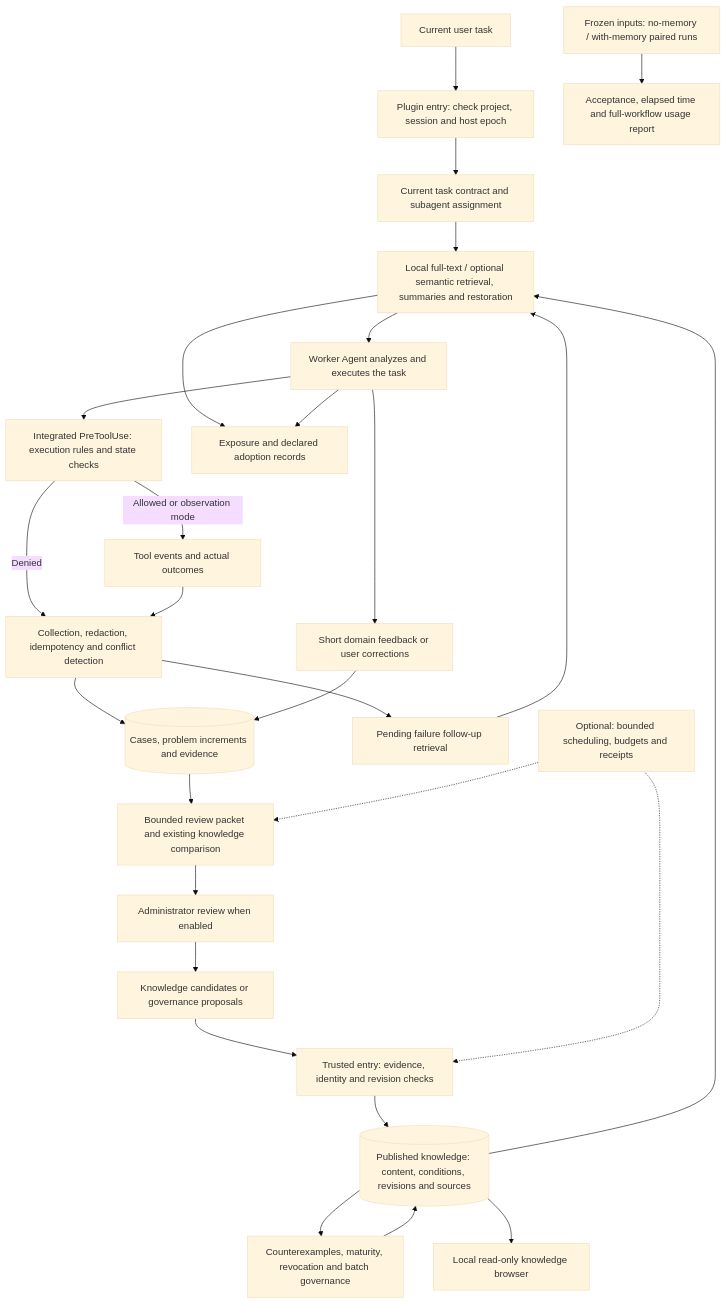
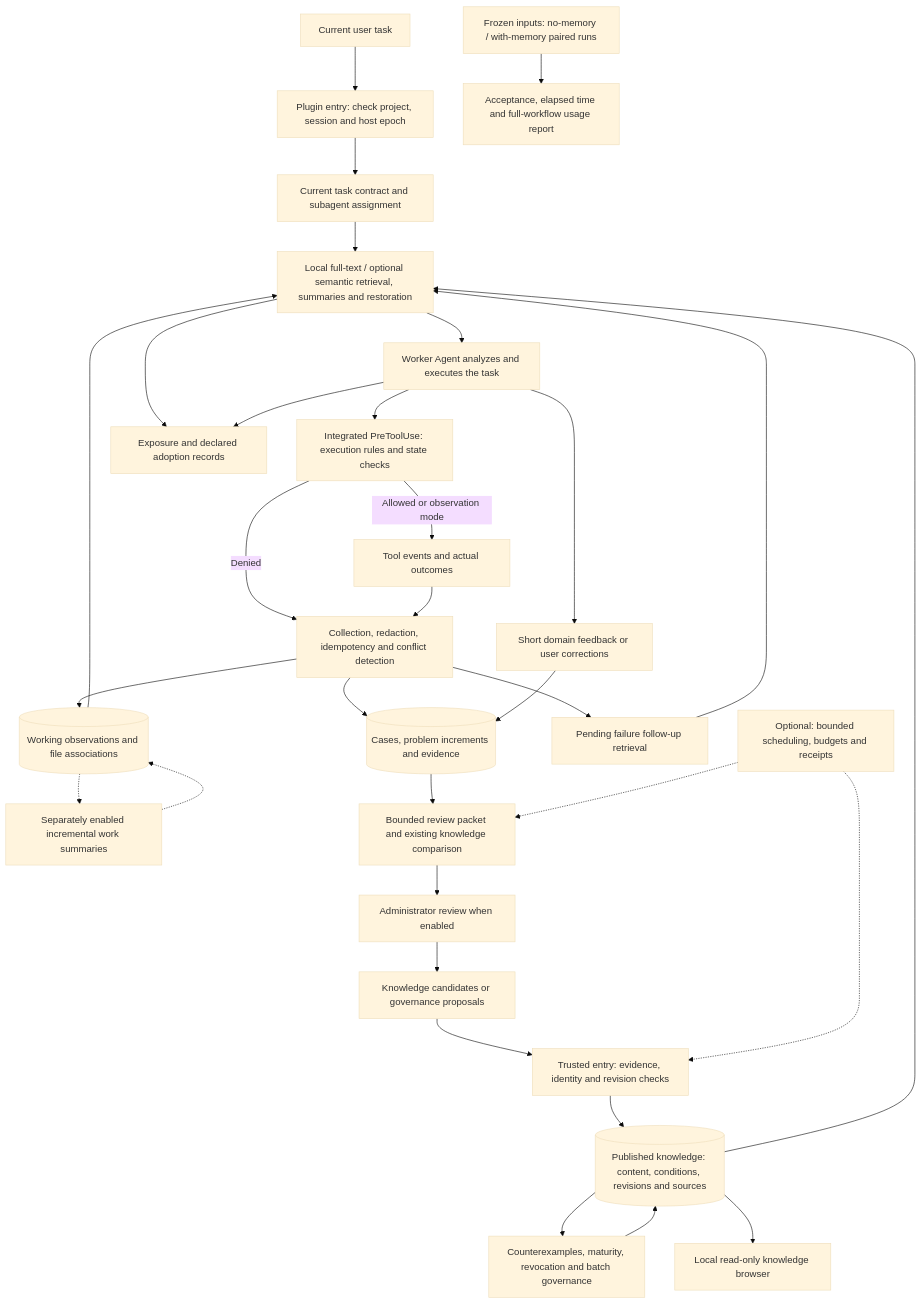
One commit to swenbo1-web/agents-learning changed the first of 2 diagrams in README.en.md. Above: the diagram before and after it, drawn with Mermaid (base theme). The commit also changed other lines of this file and 41 other files, not shown here.

````diff
--- a/README.en.md
+++ b/README.en.md
@@ -198,30 +201,34 @@
 ```mermaid
 flowchart TD
     User["Current user task"] --> Entry["Plugin entry: check project, session and host epoch"]
     Entry --> Task["Current task contract and subagent assignment"]
     Task --> Retrieve["Local full-text / optional semantic retrieval, summaries and restoration"]
     Knowledge[("Published knowledge: content, conditions, revisions and sources")] --> Retrieve
     Retrieve --> Worker["Worker Agent analyzes and executes the task"]
     Worker --> Guard["Integrated PreToolUse: execution rules and state checks"]
     Guard -->|"Allowed or observation mode"| Result["Tool events and actual outcomes"]
     Guard -->|"Denied"| Capture
     Result --> Capture["Collection, redaction, idempotency and conflict detection"]
     Capture --> Cases[("Cases, problem increments and evidence")]
+    Capture --> Work[("Working observations and file associations")]
+    Work --> Retrieve
+    Work -.-> Summary["Separately enabled incremental work summaries"]
+    Summary -.-> Work
     Worker --> Feedback["Short domain feedback or user corrections"]
     Feedback --> Cases
     Capture --> Fault["Pending failure follow-up retrieval"]
     Fault --> Retrieve
     Cases --> Packet["Bounded review packet and existing knowledge comparison"]
     Packet --> Admin["Administrator review when enabled"]
     Admin --> Candidate["Knowledge candidates or governance proposals"]
     Candidate --> Publish["Trusted entry: evidence, identity and revision checks"]
     Publish --> Knowledge
     Knowledge --> Governance["Counterexamples, maturity, revocation and batch governance"]
     Governance --> Knowledge
     Schedule["Optional: bounded scheduling, budgets and receipts"] -.-> Packet
     Schedule -.-> Publish
     Retrieve --> Exposure["Exposure and declared adoption records"]
     Worker --> Exposure
     Knowledge --> Browser["Local read-only knowledge browser"]
     Evaluation["Frozen inputs: no-memory / with-memory paired runs"] --> Report["Acceptance, elapsed time and full-workflow usage report"]
 ```
````
